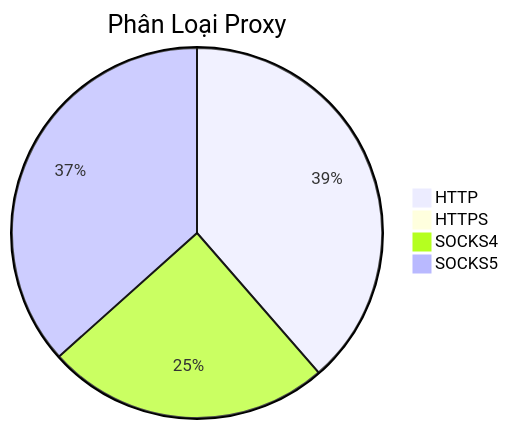
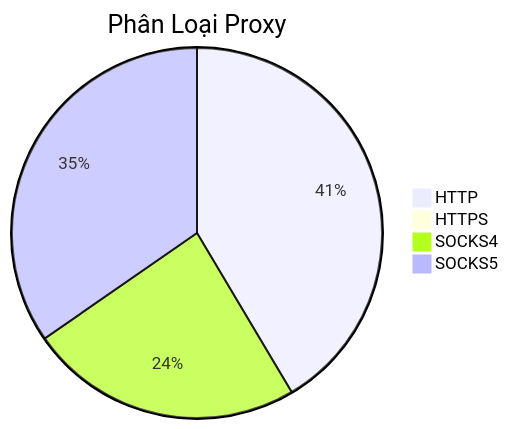
Before and after one commit to Ciara-12/PROXY-free: the diagram in README.md, drawn with Mermaid. The commit also changed other lines of this file and 3 other files, not shown here.

````diff
--- a/README.md
+++ b/README.md
@@ -26,7 +26,7 @@
 ```mermaid
 pie title Phân Loại Proxy
-    "HTTP" : 313
+    "HTTP" : 359
     "HTTPS" : 0
-    "SOCKS4" : 201
-    "SOCKS5" : 297
+    "SOCKS4" : 207
+    "SOCKS5" : 300
 ```
````
